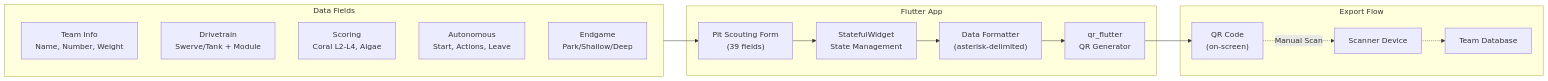
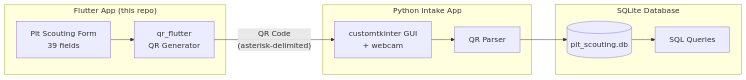
The diagram in README.md (aamir-frc-scouting/frc_pit_scouting_app_2025), drawn with Mermaid before and after one commit. The commit also changed other lines of this file and 3 other files, not shown here.

````diff
--- a/README.md
+++ b/README.md
@@ -48,31 +63,23 @@
 ```mermaid
 flowchart LR
-    subgraph App["Flutter App"]
-        Form["Pit Scouting Form<br/>(39 fields)"]
-        State["StatefulWidget<br/>State Management"]
-        Format["Data Formatter<br/>(asterisk-delimited)"]
+    subgraph Flutter["Flutter App (this repo)"]
+        Form["Pit Scouting Form<br/>39 fields"]
         QRGen["qr_flutter<br/>QR Generator"]
     end
 
-    subgraph Data["Data Fields"]
-        Team["Team Info<br/>Name, Number, Weight"]
-        Drive["Drivetrain<br/>Swerve/Tank + Module"]
-        Score["Scoring<br/>Coral L2-L4, Algae"]
-        Auto["Autonomous<br/>Start, Actions, Leave"]
-        Climb["Endgame<br/>Park/Shallow/Deep"]
+    subgraph Intake["Python Intake App"]
+        Scan["customtkinter GUI<br/>+ webcam"]
+        Parse["QR Parser"]
     end
 
-    subgraph Export["Export Flow"]
-        QRCode["QR Code<br/>(on-screen)"]
-        Scan["Scanner Device"]
-        Database["Team Database"]
+    subgraph Storage["SQLite Database"]
+        DB[(pit_scouting.db)]
+        Query["SQL Queries"]
     end
 
-    Data --> Form
-    Form --> State
-    State --> Format
-    Format --> QRGen
-    QRGen --> QRCode
-    QRCode -.->|"Manual Scan"| Scan
-    Scan -.-> Database
+    Form --> QRGen
+    QRGen --> |"QR Code<br/>(asterisk-delimited)"| Scan
+    Scan --> Parse
+    Parse --> DB
+    DB --> Query
 ```
````
